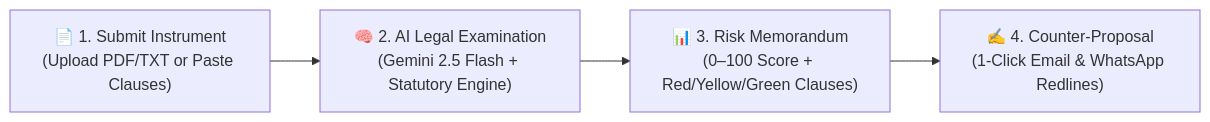
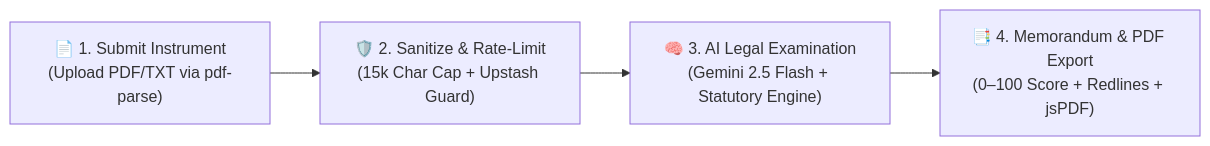
The first of 2 diagrams in README.md (kunshkaul365-cpu/fineprint-ai), drawn with Mermaid before and after one commit. The commit also changed other lines of this file and 13 other files, not shown here.

Commit message:
feat: add Supabase Magic Link auth, pdf-parse, rate limiting, input sanitization, free tier funnel, legal disclaimer, and PDF export

````diff
--- a/README.md
+++ b/README.md
@@ -37,6 +37,6 @@
 ```mermaid
 flowchart LR
-    A["📄 1. Submit Instrument\n(Upload PDF/TXT or Paste Clauses)"] --> B["🧠 2. AI Legal Examination\n(Gemini 2.5 Flash + Statutory Engine)"]
-    B --> C["📊 3. Risk Memorandum\n(0–100 Score + Red/Yellow/Green Clauses)"]
-    C --> D["✍️ 4. Counter-Proposal\n(1-Click Email & WhatsApp Redlines)"]
+    A["📄 1. Submit Instrument\n(Upload PDF/TXT via pdf-parse)"] --> B["🛡️ 2. Sanitize & Rate-Limit\n(15k Char Cap + Upstash Guard)"]
+    B --> C["🧠 3. AI Legal Examination\n(Gemini 2.5 Flash + Statutory Engine)"]
+    C --> D["📑 4. Memorandum & PDF Export\n(0–100 Score + Redlines + jsPDF)"]
 ```
````
